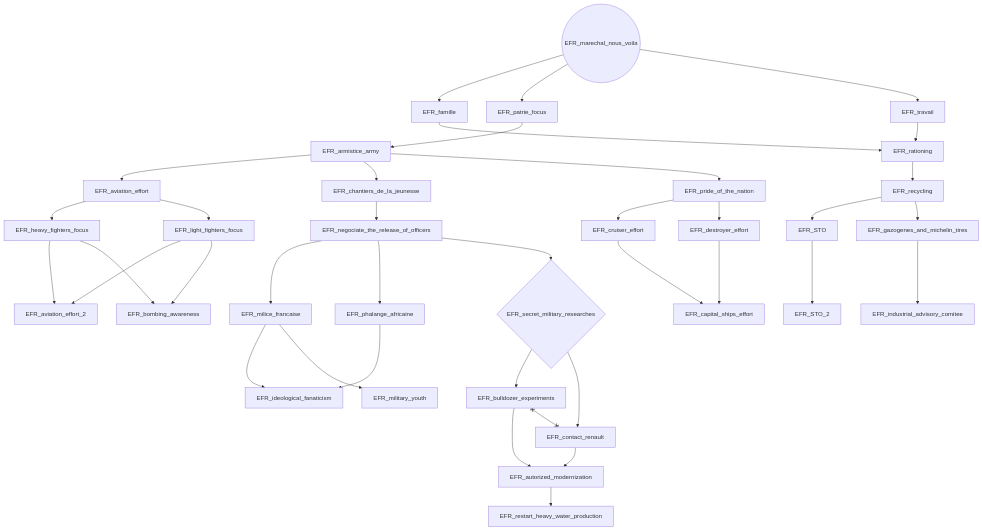
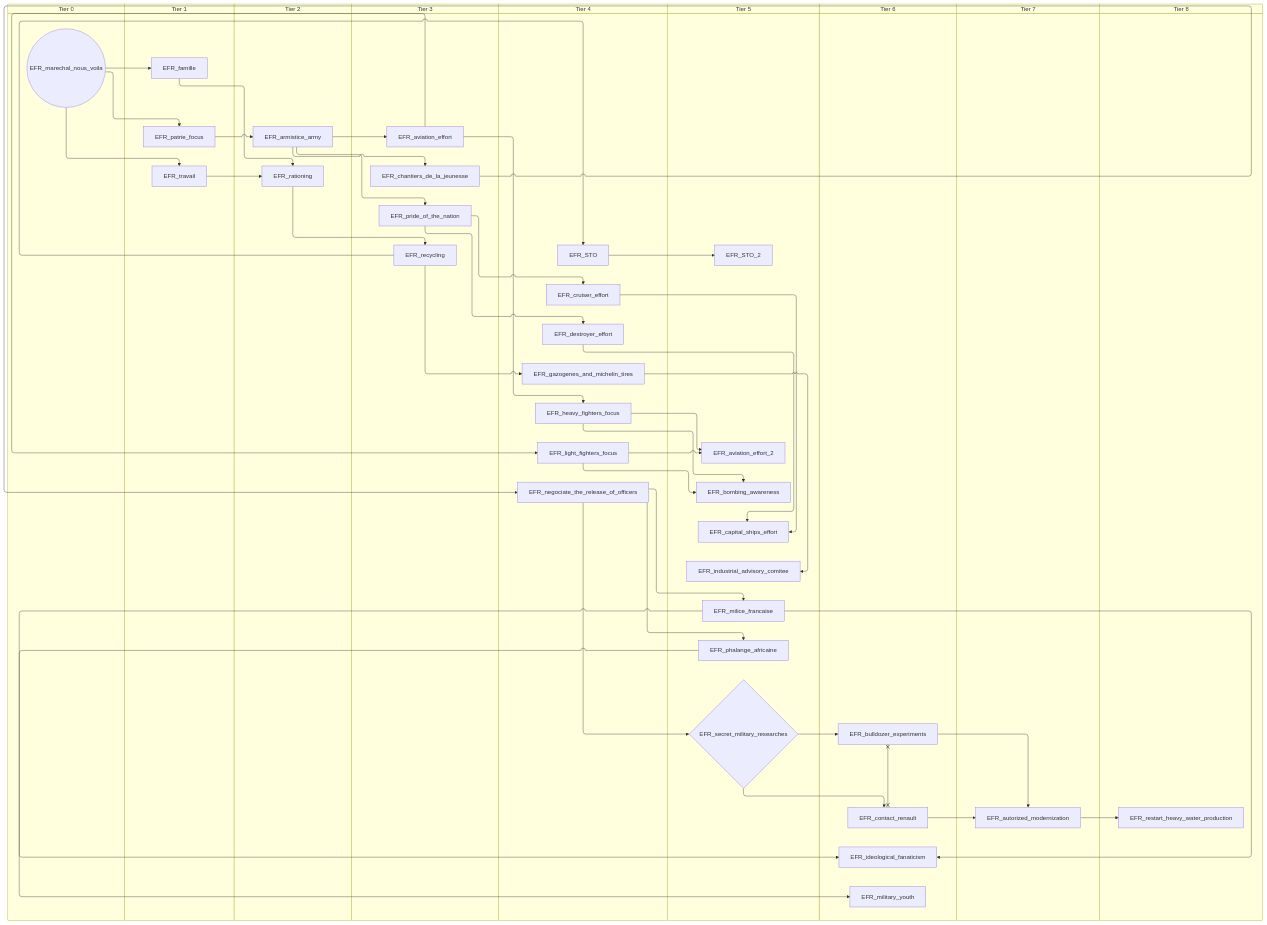
The second of 2 diagrams in docs/gdd/National Focuses/r56_vichy_france.md (evgeny-sobol/hoi4-sandbox-mode-r56), drawn with Mermaid before and after one commit. The commit also changed other lines of this file and 423 other files, not shown here.

First line of the commit message:
Re-export Rt56 focus trees as swimlane diagrams

````diff
--- a/docs/gdd/National Focuses/r56_vichy_france.md
+++ b/docs/gdd/National Focuses/r56_vichy_france.md
@@ -38,71 +52,89 @@
 ```mermaid
-flowchart TD
-    n15["EFR_STO"]
-    n16["EFR_STO_2"]
-    n17["EFR_armistice_army"]
-    n18["EFR_autorized_modernization"]
-    n19["EFR_aviation_effort"]
-    n20["EFR_aviation_effort_2"]
-    n21["EFR_bombing_awareness"]
-    n22["EFR_bulldozer_experiments"]
-    n23["EFR_capital_ships_effort"]
-    n24["EFR_chantiers_de_la_jeunesse"]
-    n25["EFR_contact_renault"]
-    n26["EFR_cruiser_effort"]
-    n27["EFR_destroyer_effort"]
-    n28["EFR_famille"]
-    n29["EFR_gazogenes_and_michelin_tires"]
-    n30["EFR_heavy_fighters_focus"]
-    n31["EFR_ideological_fanaticism"]
-    n32["EFR_industrial_advisory_comitee"]
-    n33["EFR_light_fighters_focus"]
-    n34(("EFR_marechal_nous_voila"))
-    n35["EFR_milice_francaise"]
-    n36["EFR_military_youth"]
-    n37["EFR_negociate_the_release_of_officers"]
-    n38["EFR_patrie_focus"]
-    n39["EFR_phalange_africaine"]
-    n40["EFR_pride_of_the_nation"]
-    n41["EFR_rationing"]
-    n42["EFR_recycling"]
-    n43["EFR_restart_heavy_water_production"]
-    n44{"EFR_secret_military_researches"}
-    n45["EFR_travail"]
-    n42 --> n15
+swimlane-beta TD
+    subgraph tier_0["Tier 0"]
+        n15(("EFR_marechal_nous_voila"))
+    end
+    subgraph tier_1["Tier 1"]
+        n16["EFR_famille"]
+        n17["EFR_patrie_focus"]
+        n18["EFR_travail"]
+    end
+    subgraph tier_2["Tier 2"]
+        n19["EFR_armistice_army"]
+        n20["EFR_rationing"]
+    end
+    subgraph tier_3["Tier 3"]
+        n21["EFR_aviation_effort"]
+        n22["EFR_chantiers_de_la_jeunesse"]
+        n23["EFR_pride_of_the_nation"]
+        n24["EFR_recycling"]
+    end
+    subgraph tier_4["Tier 4"]
+        n25["EFR_STO"]
+        n26["EFR_cruiser_effort"]
+        n27["EFR_destroyer_effort"]
+        n28["EFR_gazogenes_and_michelin_tires"]
+        n29["EFR_heavy_fighters_focus"]
+        n30["EFR_light_fighters_focus"]
+        n31["EFR_negociate_the_release_of_officers"]
+    end
+    subgraph tier_5["Tier 5"]
+        n32["EFR_STO_2"]
+        n33["EFR_aviation_effort_2"]
+        n34["EFR_bombing_awareness"]
+        n35["EFR_capital_ships_effort"]
+        n36["EFR_industrial_advisory_comitee"]
+        n37["EFR_milice_francaise"]
+        n38["EFR_phalange_africaine"]
+        n39{"EFR_secret_military_researches"}
+    end
+    subgraph tier_6["Tier 6"]
+        n40["EFR_bulldozer_experiments"]
+        n41["EFR_contact_renault"]
+        n42["EFR_ideological_fanaticism"]
+        n43["EFR_military_youth"]
+    end
+    subgraph tier_7["Tier 7"]
+        n44["EFR_autorized_modernization"]
+    end
+    subgraph tier_8["Tier 8"]
+        n45["EFR_restart_heavy_water_production"]
+    end
+    n24 --> n25
+    n25 --> n32
+    n17 --> n19
+    n41 --> n44
+    n40 --> n44
+    n19 --> n21
+    n29 --> n33
+    n30 --> n33
+    n29 --> n34
+    n30 --> n34
+    n39 --> n40
+    n26 --> n35
+    n27 --> n35
+    n19 --> n22
+    n39 --> n41
+    n23 --> n26
+    n23 --> n27
     n15 --> n16
-    n38 --> n17
-    n25 --> n18
-    n22 --> n18
-    n17 --> n19
-    n30 --> n20
-    n33 --> n20
-    n30 --> n21
-    n33 --> n21
-    n44 --> n22
-    n26 --> n23
-    n27 --> n23
-    n17 --> n24
-    n44 --> n25
-    n40 --> n26
-    n40 --> n27
-    n34 --> n28
-    n42 --> n29
-    n19 --> n30
-    n35 --> n31
-    n39 --> n31
-    n29 --> n32
-    n19 --> n33
-    n37 --> n35
-    n35 --> n36
-    n24 --> n37
-    n34 --> n38
-    n37 --> n39
-    n17 --> n40
-    n28 --> n41
-    n45 --> n41
-    n41 --> n42
-    n18 --> n43
-    n37 --> n44
-    n34 --> n45
-    n22 x--x n25
+    n24 --> n28
+    n21 --> n29
+    n37 --> n42
+    n38 --> n42
+    n28 --> n36
+    n21 --> n30
+    n31 --> n37
+    n37 --> n43
+    n22 --> n31
+    n15 --> n17
+    n31 --> n38
+    n19 --> n23
+    n16 --> n20
+    n18 --> n20
+    n20 --> n24
+    n44 --> n45
+    n31 --> n39
+    n15 --> n18
+    n40 x--x n41
 ```
````
